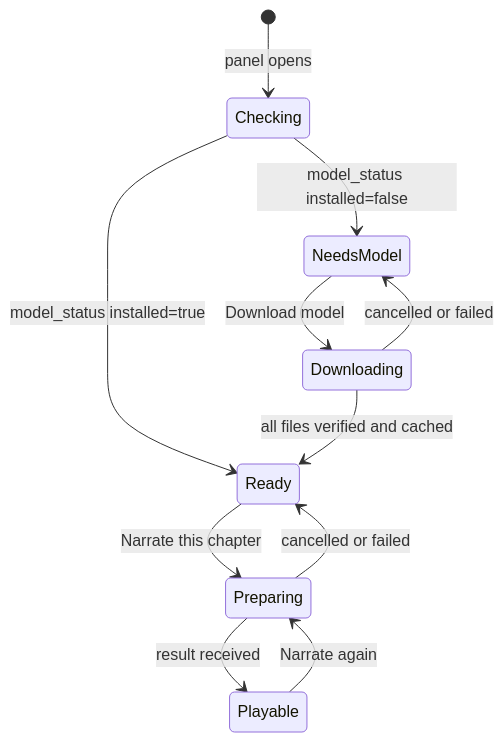
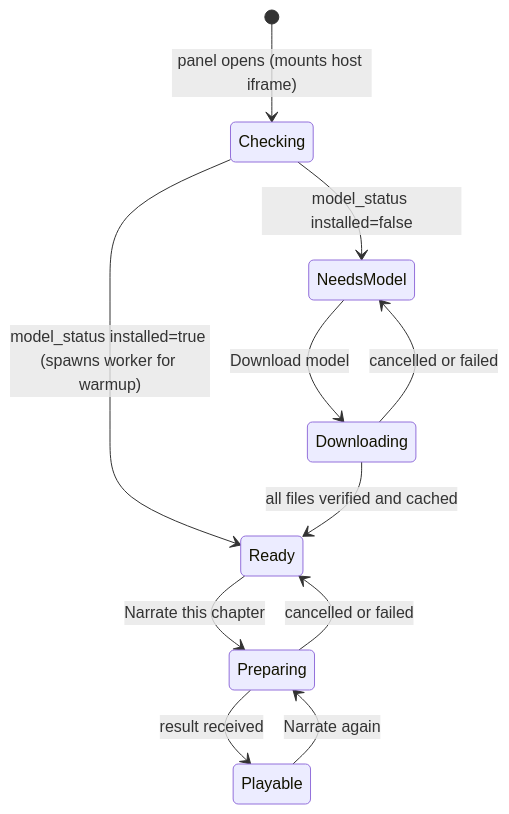
Before and after one commit to abdullahkhfb/narrately: the third of 3 diagrams in docs/architecture.md, drawn with Mermaid. The commit also changed other lines of this file and 50 other files, not shown here.

````diff
--- a/docs/architecture.md
+++ b/docs/architecture.md
@@ -103,13 +113,13 @@
 ```mermaid
 stateDiagram-v2
-    [*] --> Checking: panel opens
+    [*] --> Checking: panel opens (mounts host iframe)
     Checking --> NeedsModel: model_status installed=false
-    Checking --> Ready: model_status installed=true
+    Checking --> Ready: model_status installed=true (spawns worker for warmup)
     NeedsModel --> Downloading: Download model
     Downloading --> NeedsModel: cancelled or failed
     Downloading --> Ready: all files verified and cached
     Ready --> Preparing: Narrate this chapter
     Preparing --> Ready: cancelled or failed
     Preparing --> Playable: result received
     Playable --> Preparing: Narrate again
 ```
````
